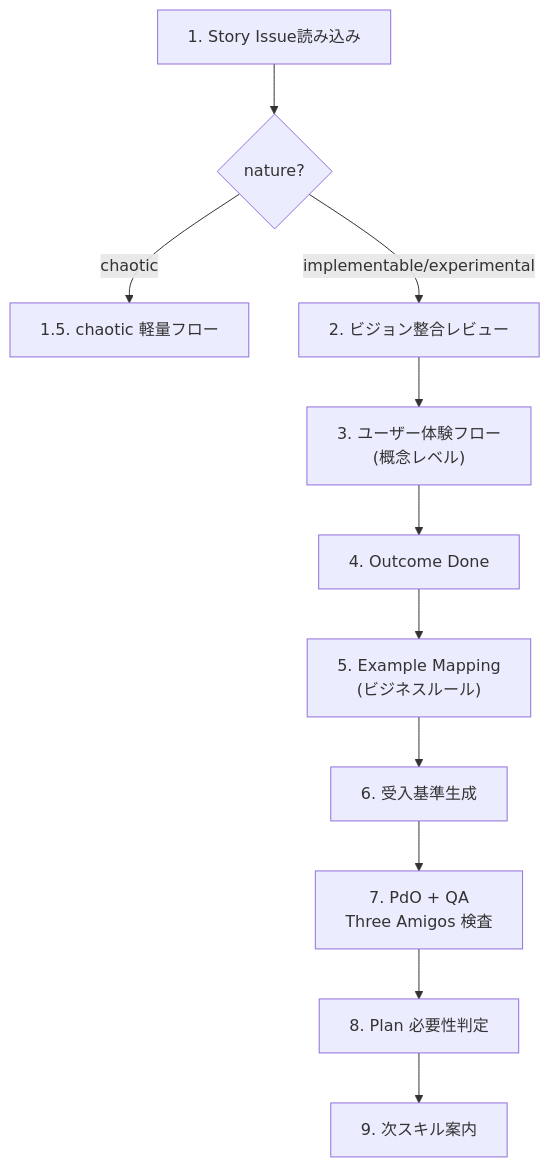
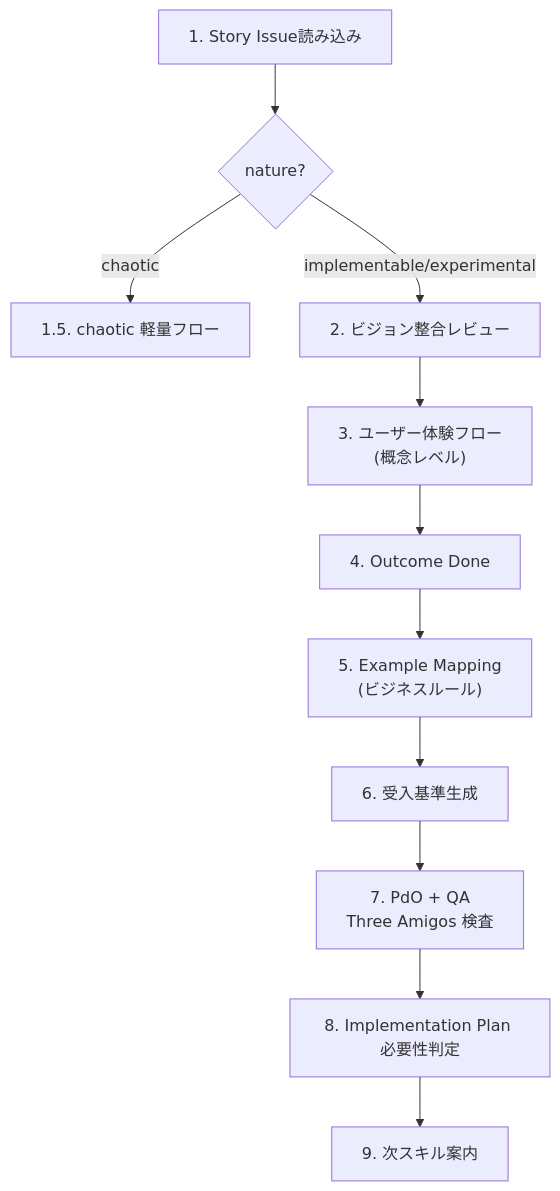
One commit to mrtry-lab/skills changed the first of 2 diagrams in skills/agile-refine-backlog/SKILL.md. Above: the diagram before and after it, drawn with Mermaid. The commit also changed other lines of this file and 17 other files, not shown here.

First line of the commit message:
docs: standardize "Implementation Plan" naming, remove shorthand "Plan"

````diff
--- a/skills/agile-refine-backlog/SKILL.md
+++ b/skills/agile-refine-backlog/SKILL.md
@@ -37,19 +37,19 @@
 ```mermaid
 flowchart TB
   read["1. Story Issue読み込み"]
   chaotic_check{"nature?"}
   light["1.5. chaotic 軽量フロー"]
   value["2. ビジョン整合レビュー"]
   ux["3. ユーザー体験フロー\n(概念レベル)"]
   outcome["4. Outcome Done"]
   rules["5. Example Mapping\n(ビジネスルール)"]
   ac["6. 受入基準生成"]
   scoring["7. PdO + QA\nThree Amigos 検査"]
-  plan_decision["8. Plan 必要性判定"]
+  plan_decision["8. Implementation Plan 必要性判定"]
   next["9. 次スキル案内"]
 
   read --> chaotic_check
   chaotic_check -- "chaotic" --> light
   chaotic_check -- "implementable/experimental" --> value
   value --> ux --> outcome --> rules --> ac --> scoring --> plan_decision --> next
 ```
````
